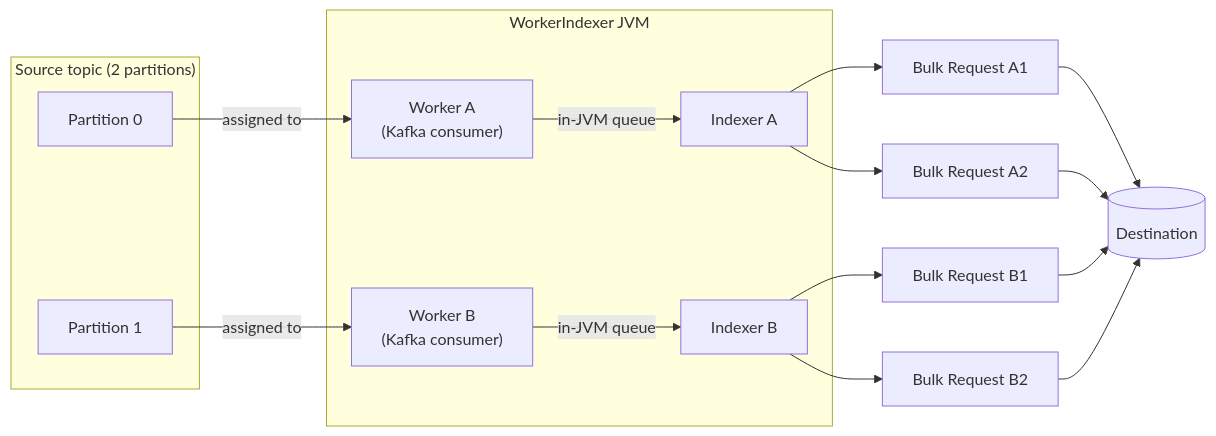
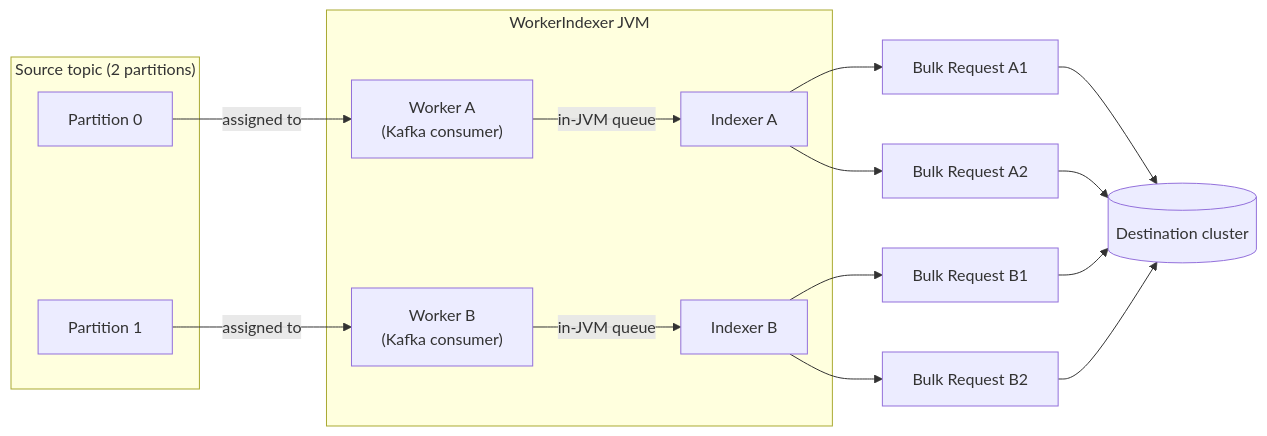
Before and after one commit to kmwtechnology/lucille: the second of 5 diagrams in doc/site/content/en/docs/operations/indexing-throughput/indexing-fan-out.md, drawn with Mermaid. The commit also changed other lines of this file, not shown here.

Commit message:
minor diagram label refinment (indicate that the destination is likely a cluster)

````diff
--- a/doc/site/content/en/docs/operations/indexing-throughput/indexing-fan-out.md
+++ b/doc/site/content/en/docs/operations/indexing-throughput/indexing-fan-out.md
@@ -96,22 +97,22 @@
 ```mermaid
 flowchart LR
     subgraph SRC["Source topic (2 partitions)"]
         P0["Partition 0"]
         P1["Partition 1"]
     end
 
     subgraph JVM["WorkerIndexer JVM"]
         W0["Worker A<br/>(Kafka consumer)"] -->|in-JVM queue| I0["Indexer A"]
         W1["Worker B<br/>(Kafka consumer)"] -->|in-JVM queue| I1["Indexer B"]
     end
 
     I0 --> R0a["Bulk Request A1"] --> DEST
     I0 --> R0b["Bulk Request A2"] --> DEST
     I1 --> R1a["Bulk Request B1"] --> DEST
     I1 --> R1b["Bulk Request B2"] --> DEST
 
-    DEST[("Destination")]
+    DEST[("Destination cluster")]
 
     P0 -->|assigned to| W0
     P1 -->|assigned to| W1
 ```
````
